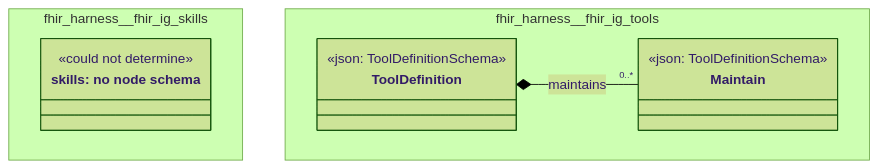
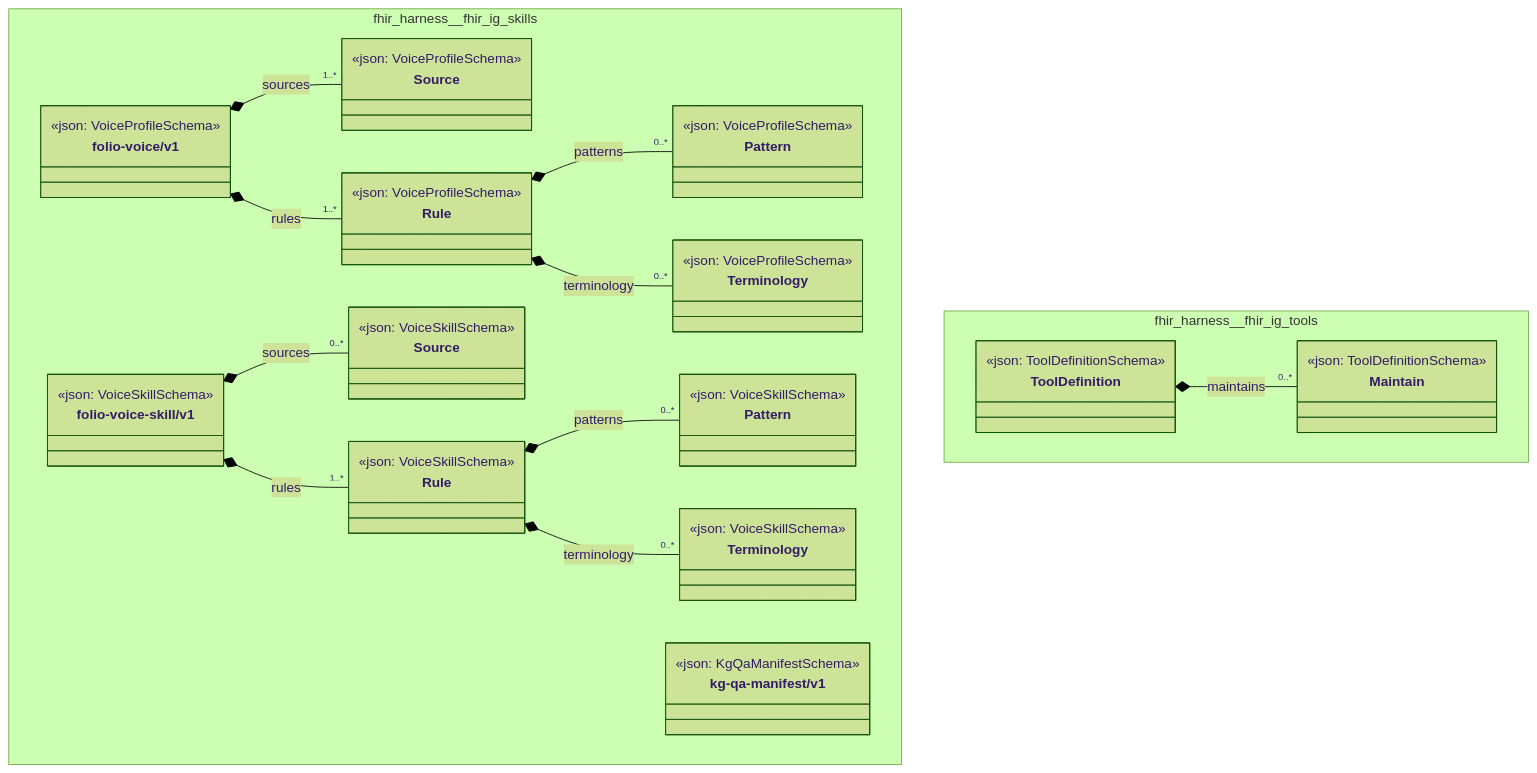
Before and after one commit to litlfred/folio-assistant: the diagram in cat-harness/docs/uml/overview/fhir-harness.md, drawn with Mermaid (forest theme). The commit also changed other lines of this file and 220 other files, not shown here.

First line of the commit message:
quda: register node schemas for the graph kinds that had none

````diff
--- a/cat-harness/docs/uml/overview/fhir-harness.md
+++ b/cat-harness/docs/uml/overview/fhir-harness.md
@@ -12,22 +12,69 @@
 ```mermaid
 classDiagram
   direction TB
   namespace fhir_harness__fhir_ig_skills {
-    class n_fhir_harness_fhir_ig_skills_skills["skills: no node schema"] {
-      <<could not determine>>
+    class fhir_harness_fhir_ig_skills_folio_voice_v1_Source["Source"] {
+      <<json: VoiceProfileSchema>>
+    }
+    class fhir_harness_fhir_ig_skills_folio_voice_v1_Pattern["Pattern"] {
+      <<json: VoiceProfileSchema>>
+    }
+    class fhir_harness_fhir_ig_skills_folio_voice_v1_Terminology["Terminology"] {
+      <<json: VoiceProfileSchema>>
+    }
+    class fhir_harness_fhir_ig_skills_folio_voice_v1_Rule["Rule"] {
+      <<json: VoiceProfileSchema>>
+    }
+    class fhir_harness_fhir_ig_skills_folio_voice_v1_folio_voice_v1["folio-voice/v1"] {
+      <<json: VoiceProfileSchema>>
+    }
+    class fhir_harness_fhir_ig_skills_folio_voice_skill_v1_Source["Source"] {
+      <<json: VoiceSkillSchema>>
+    }
+    class fhir_harness_fhir_ig_skills_folio_voice_skill_v1_Pattern["Pattern"] {
+      <<json: VoiceSkillSchema>>
+    }
+    class fhir_harness_fhir_ig_skills_folio_voice_skill_v1_Terminology["Terminology"] {
+      <<json: VoiceSkillSchema>>
+    }
+    class fhir_harness_fhir_ig_skills_folio_voice_skill_v1_Rule["Rule"] {
+      <<json: VoiceSkillSchema>>
+    }
+    class fhir_harness_fhir_ig_skills_folio_voice_skill_v1_folio_voice_skill_v1["folio-voice-skill/v1"] {
+      <<json: VoiceSkillSchema>>
+    }
+    class fhir_harness_fhir_ig_skills_kg_qa_manifest_v1_kg_qa_manifest_v1["kg-qa-manifest/v1"] {
+      <<json: KgQaManifestSchema>>
     }
   }
   namespace fhir_harness__fhir_ig_tools {
     class fhir_harness_fhir_ig_tools_Maintain["Maintain"] {
       <<json: ToolDefinitionSchema>>
     }
     class fhir_harness_fhir_ig_tools_ToolDefinition["ToolDefinition"] {
       <<json: ToolDefinitionSchema>>
     }
   }
-  cssClass "n_fhir_harness_fhir_ig_skills_skills" fa_uml_kind_skills
-  cssClass "n_fhir_harness_fhir_ig_skills_skills" fa_uml_undetermined
+  fhir_harness_fhir_ig_skills_folio_voice_v1_folio_voice_v1 *-- "1..*" fhir_harness_fhir_ig_skills_folio_voice_v1_Source : sources
+  fhir_harness_fhir_ig_skills_folio_voice_v1_Rule *-- "0..*" fhir_harness_fhir_ig_skills_folio_voice_v1_Pattern : patterns
+  fhir_harness_fhir_ig_skills_folio_voice_v1_Rule *-- "0..*" fhir_harness_fhir_ig_skills_folio_voice_v1_Terminology : terminology
+  fhir_harness_fhir_ig_skills_folio_voice_v1_folio_voice_v1 *-- "1..*" fhir_harness_fhir_ig_skills_folio_voice_v1_Rule : rules
+  fhir_harness_fhir_ig_skills_folio_voice_skill_v1_folio_voice_skill_v1 *-- "0..*" fhir_harness_fhir_ig_skills_folio_voice_skill_v1_Source : sources
+  fhir_harness_fhir_ig_skills_folio_voice_skill_v1_Rule *-- "0..*" fhir_harness_fhir_ig_skills_folio_voice_skill_v1_Pattern : patterns
+  fhir_harness_fhir_ig_skills_folio_voice_skill_v1_Rule *-- "0..*" fhir_harness_fhir_ig_skills_folio_voice_skill_v1_Terminology : terminology
+  fhir_harness_fhir_ig_skills_folio_voice_skill_v1_folio_voice_skill_v1 *-- "1..*" fhir_harness_fhir_ig_skills_folio_voice_skill_v1_Rule : rules
+  cssClass "fhir_harness_fhir_ig_skills_folio_voice_v1_Source" fa_uml_kind_skills
+  cssClass "fhir_harness_fhir_ig_skills_folio_voice_v1_Pattern" fa_uml_kind_skills
+  cssClass "fhir_harness_fhir_ig_skills_folio_voice_v1_Terminology" fa_uml_kind_skills
+  cssClass "fhir_harness_fhir_ig_skills_folio_voice_v1_Rule" fa_uml_kind_skills
+  cssClass "fhir_harness_fhir_ig_skills_folio_voice_v1_folio_voice_v1" fa_uml_kind_skills
+  cssClass "fhir_harness_fhir_ig_skills_folio_voice_skill_v1_Source" fa_uml_kind_skills
+  cssClass "fhir_harness_fhir_ig_skills_folio_voice_skill_v1_Pattern" fa_uml_kind_skills
+  cssClass "fhir_harness_fhir_ig_skills_folio_voice_skill_v1_Terminology" fa_uml_kind_skills
+  cssClass "fhir_harness_fhir_ig_skills_folio_voice_skill_v1_Rule" fa_uml_kind_skills
+  cssClass "fhir_harness_fhir_ig_skills_folio_voice_skill_v1_folio_voice_skill_v1" fa_uml_kind_skills
+  cssClass "fhir_harness_fhir_ig_skills_kg_qa_manifest_v1_kg_qa_manifest_v1" fa_uml_kind_skills
   fhir_harness_fhir_ig_tools_ToolDefinition *-- "0..*" fhir_harness_fhir_ig_tools_Maintain : maintains
   cssClass "fhir_harness_fhir_ig_tools_Maintain" fa_uml_kind_tools
   cssClass "fhir_harness_fhir_ig_tools_ToolDefinition" fa_uml_kind_tools
 ```
````
